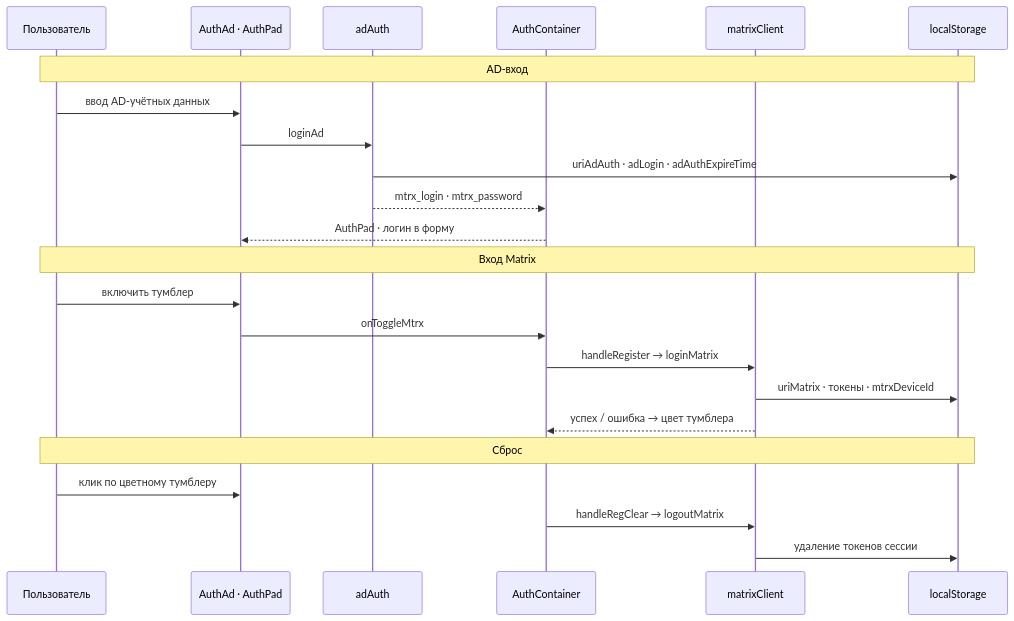
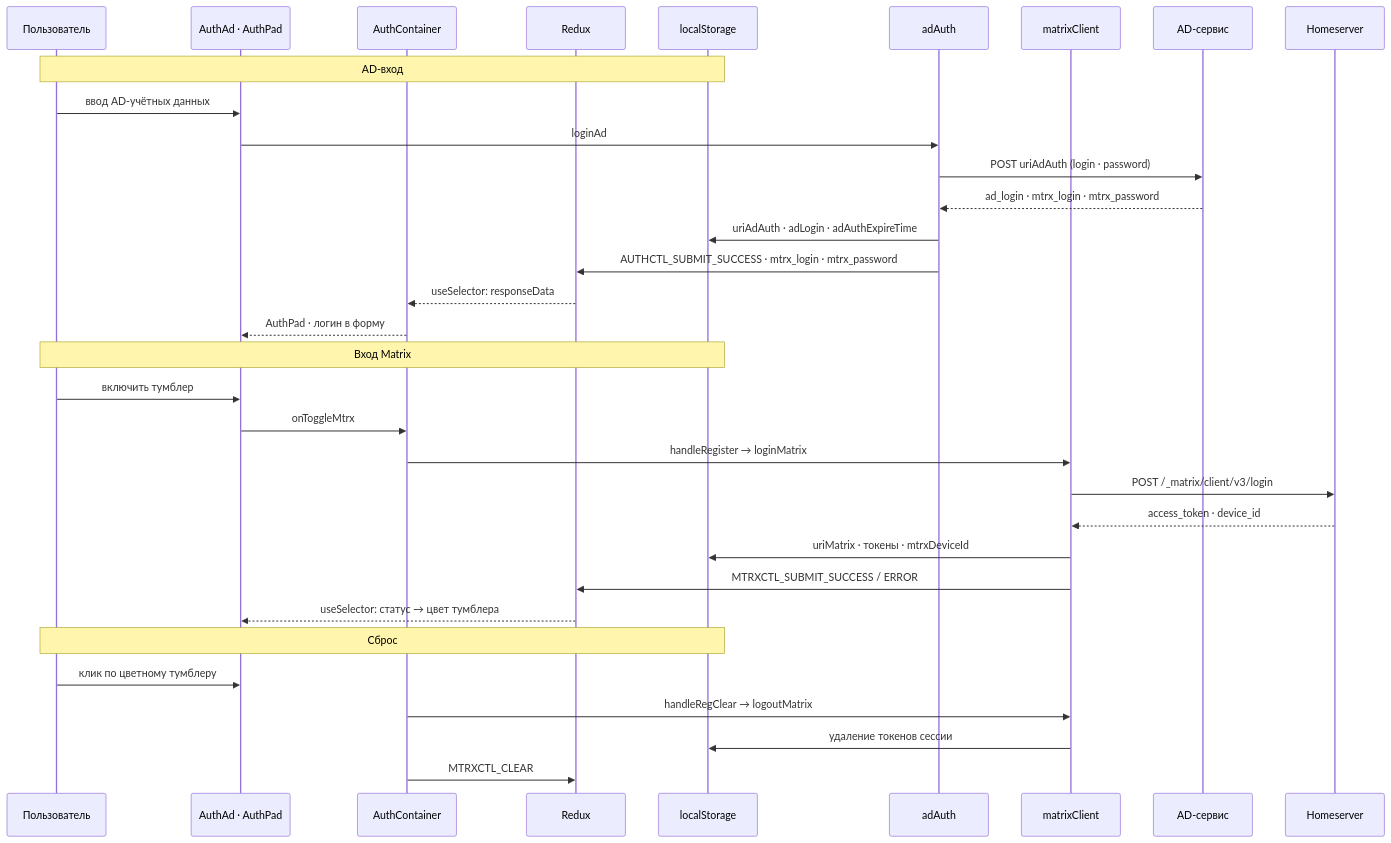
One commit to ars-anosov/matrix-react changed the fourth of 5 diagrams in docs/STATE.md. Above: the diagram before and after it, drawn with Mermaid. The commit also changed other lines of this file and 13 other files, not shown here.

````diff
--- a/docs/STATE.md
+++ b/docs/STATE.md
@@ -183,25 +205,35 @@
 ```mermaid
 sequenceDiagram
   participant P as Пользователь
   participant A as AuthAd · AuthPad
+  participant B as AuthContainer
+  participant RX as Redux
+  participant LS as localStorage
   participant AD as adAuth
-  participant B as AuthContainer
   participant M as matrixClient
-  participant LS as localStorage
+  participant ADS as AD-сервис
+  participant HS as Homeserver
   Note over P,LS: AD-вход
   P->>A: ввод AD-учётных данных
   A->>AD: loginAd
+  AD->>ADS: POST uriAdAuth (login · password)
+  ADS-->>AD: ad_login · mtrx_login · mtrx_password
   AD->>LS: uriAdAuth · adLogin · adAuthExpireTime
-  AD-->>B: mtrx_login · mtrx_password
+  AD->>RX: AUTHCTL_SUBMIT_SUCCESS · mtrx_login · mtrx_password
+  RX-->>B: useSelector: responseData
   B-->>A: AuthPad · логин в форму
   Note over P,LS: Вход Matrix
   P->>A: включить тумблер
   A->>B: onToggleMtrx
   B->>M: handleRegister → loginMatrix
+  M->>HS: POST /_matrix/client/v3/login
+  HS-->>M: access_token · device_id
   M->>LS: uriMatrix · токены · mtrxDeviceId
-  M-->>B: успех / ошибка → цвет тумблера
+  M->>RX: MTRXCTL_SUBMIT_SUCCESS / ERROR
+  RX-->>A: useSelector: статус → цвет тумблера
   Note over P,LS: Сброс
   P->>A: клик по цветному тумблеру
   B->>M: handleRegClear → logoutMatrix
   M->>LS: удаление токенов сессии
+  B->>RX: MTRXCTL_CLEAR
 ```
````
